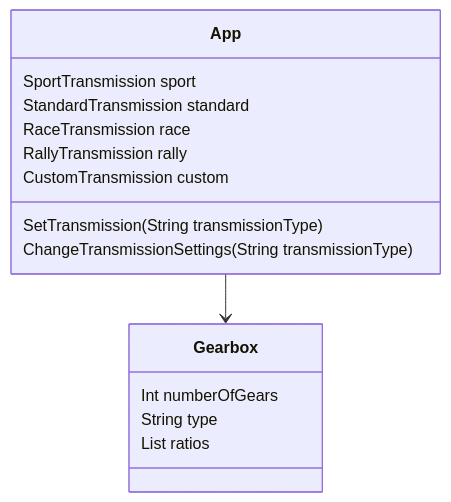
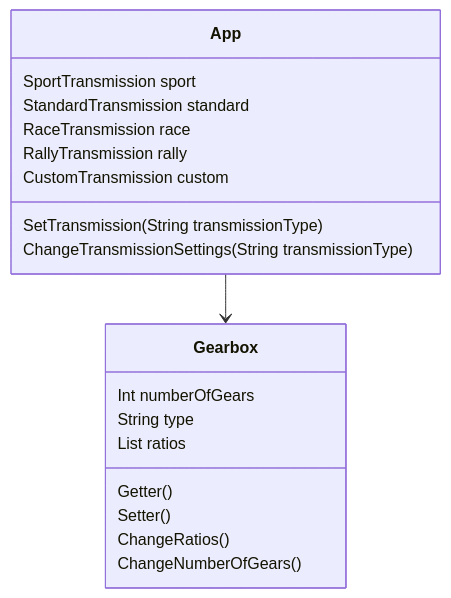
The diagram in GearboxV2/README.md (RockFreakRickerd/SameCodeDifferentLanguagues), drawn with Mermaid before and after one commit.

Commit message:
Classdiagram updated

````diff
--- a/GearboxV2/README.md
+++ b/GearboxV2/README.md
@@ -20,14 +20,18 @@
 ```mermaid
 classDiagram
  App --> Gearbox
  App: SportTransmission sport
  App: StandardTransmission standard
  App: RaceTransmission race
  App: RallyTransmission rally
  App: CustomTransmission custom
  App: SetTransmission(String transmissionType)
  App: ChangeTransmissionSettings(String transmissionType)
  Gearbox: Int numberOfGears
  Gearbox: String type
  Gearbox: List ratios
+ Gearbox: Getter()
+ Gearbox: Setter()
+ Gearbox: ChangeRatios()
+ Gearbox: ChangeNumberOfGears()
 ```
````
